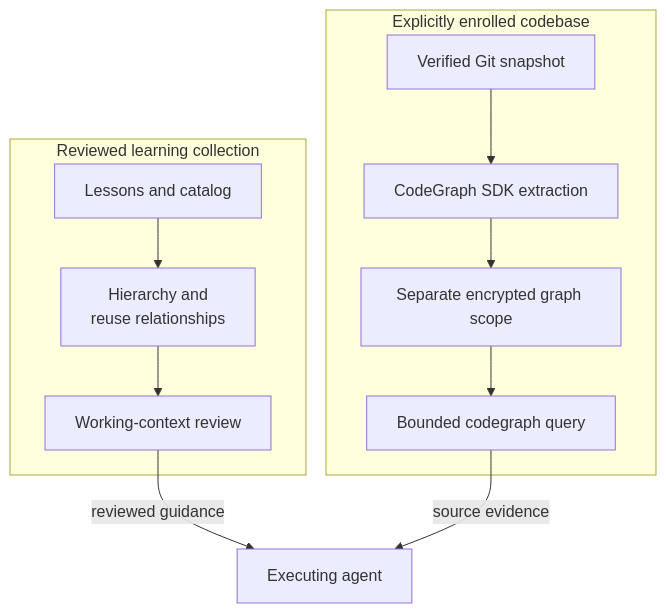
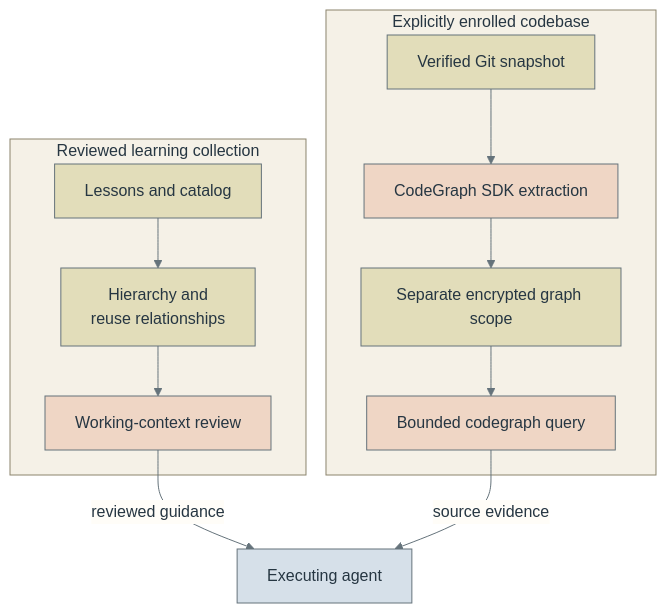
Before and after one commit to astrivant/identity: the second of 2 diagrams in docs/architecture.md, drawn with Mermaid. The commit also changed other lines of this file and 14 other files, not shown here.

Commit message:
Align architecture diagram colors with the Identity logo

````diff
--- a/docs/architecture.md
+++ b/docs/architecture.md
@@ -51,14 +86,37 @@
 ```mermaid
+---
+config:
+  theme: base
+  look: classic
+  themeVariables:
+    background: '#fffdf8'
+    primaryColor: '#d6e0e9'
+    primaryTextColor: '#263642'
+    primaryBorderColor: '#65737b'
+    secondaryColor: '#efd6c5'
+    tertiaryColor: '#f5f1e7'
+    tertiaryTextColor: '#263642'
+    tertiaryBorderColor: '#8b846d'
+    lineColor: '#65737b'
+    textColor: '#263642'
+    clusterBkg: '#f5f1e7'
+    clusterBorder: '#8b846d'
+    edgeLabelBackground: '#fffdf8'
+---
 flowchart TB
     subgraph knowledge["Reviewed learning collection"]
         teachings["Lessons and catalog"] --> hierarchy["Hierarchy and<br/>reuse relationships"]
         hierarchy --> context["Working-context review"]
     end
     subgraph repository["Explicitly enrolled codebase"]
         source["Verified Git snapshot"] --> indexer["CodeGraph SDK extraction"]
         indexer --> encrypted["Separate encrypted graph scope"]
         encrypted --> query["Bounded codegraph query"]
     end
     context -->|reviewed guidance| agent["Executing agent"]
     query -->|source evidence| agent
+    classDef olive fill:#e2ddba,stroke:#65737b,color:#263642
+    class teachings,hierarchy,source,encrypted olive
+    classDef copper fill:#efd6c5,stroke:#65737b,color:#263642
+    class context,indexer,query copper
 ```
````
